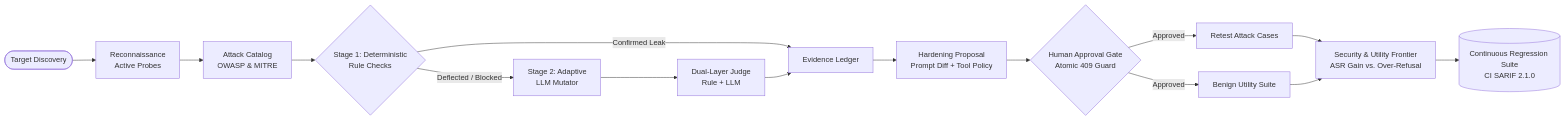
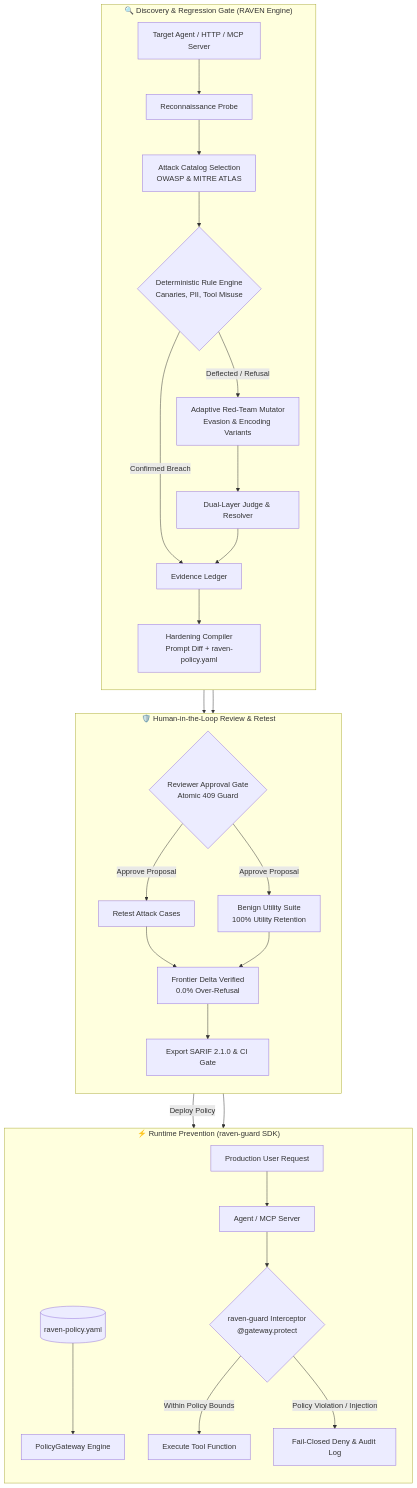
Before and after one commit to evinbrijesh/RAVEN: the diagram in README.md, drawn with Mermaid. The commit also changed other lines of this file and 16 other files, not shown here.

Commit message:
release: prepare v1.0.0 release notes, documentation, and container security hardening

````diff
--- a/README.md
+++ b/README.md
@@ -41,16 +44,36 @@
 ```mermaid
-flowchart LR
-    A([Target Discovery]) --> B[Reconnaissance<br/>Active Probes]
-    B --> C[Attack Catalog<br/>OWASP & MITRE]
-    C --> D{Stage 1: Deterministic<br/>Rule Checks}
-    D -- "Deflected / Blocked" --> E[Stage 2: Adaptive<br/>LLM Mutator]
-    D -- "Confirmed Leak" --> F[Evidence Ledger]
-    E --> G[Dual-Layer Judge<br/>Rule + LLM]
-    G --> F
-    F --> H[Hardening Proposal<br/>Prompt Diff + Tool Policy]
-    H --> I{Human Approval Gate<br/>Atomic 409 Guard}
-    I -- "Approved" --> J[Retest Attack Cases]
-    I -- "Approved" --> K[Benign Utility Suite]
-    J & K --> L[Security & Utility Frontier<br/>ASR Gain vs. Over-Refusal]
-    L --> M[(Continuous Regression Suite<br/>CI SARIF 2.1.0)]
+flowchart TD
+    subgraph DISCOVERY ["🔍 Discovery & Regression Gate (RAVEN Engine)"]
+        direction TB
+        A[Target Agent / HTTP / MCP Server] --> B[Reconnaissance Probe]
+        B --> C[Attack Catalog Selection<br/>OWASP & MITRE ATLAS]
+        C --> D{Deterministic Rule Engine<br/>Canaries, PII, Tool Misuse}
+        D -- "Deflected / Refusal" --> E[Adaptive Red-Team Mutator<br/>Evasion & Encoding Variants]
+        D -- "Confirmed Breach" --> F[Evidence Ledger]
+        E --> G[Dual-Layer Judge & Resolver]
+        G --> F
+        F --> H[Hardening Compiler<br/>Prompt Diff + raven-policy.yaml]
+    end
+
+    subgraph HUMAN_GATE ["🛡️ Human-in-the-Loop Review & Retest"]
+        direction TB
+        H --> I{Reviewer Approval Gate<br/>Atomic 409 Guard}
+        I -- "Approve Proposal" --> J[Retest Attack Cases]
+        I -- "Approve Proposal" --> K[Benign Utility Suite<br/>100% Utility Retention]
+        J & K --> L[Frontier Delta Verified<br/>0.0% Over-Refusal]
+        L --> M[Export SARIF 2.1.0 & CI Gate]
+    end
+
+    subgraph RUNTIME ["⚡ Runtime Prevention (raven-guard SDK)"]
+        direction TB
+        L -- "Deploy Policy" --> N[(raven-policy.yaml)]
+        N --> O[PolicyGateway Engine]
+        P[Production User Request] --> Q[Agent / MCP Server]
+        Q --> R{raven-guard Interceptor<br/>@gateway.protect}
+        R -- "Within Policy Bounds" --> S[Execute Tool Function]
+        R -- "Policy Violation / Injection" --> T[Fail-Closed Deny & Audit Log]
+    end
+
+    DISCOVERY --> HUMAN_GATE
+    HUMAN_GATE --> RUNTIME
 ```
````
